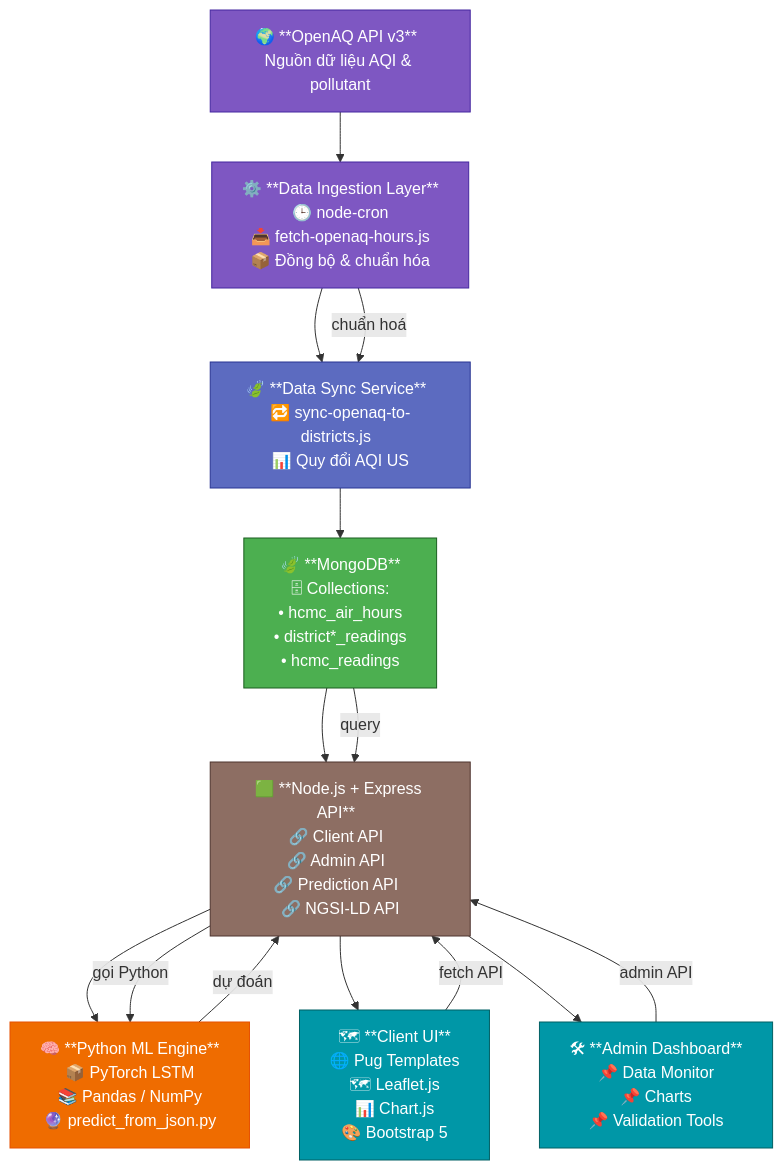
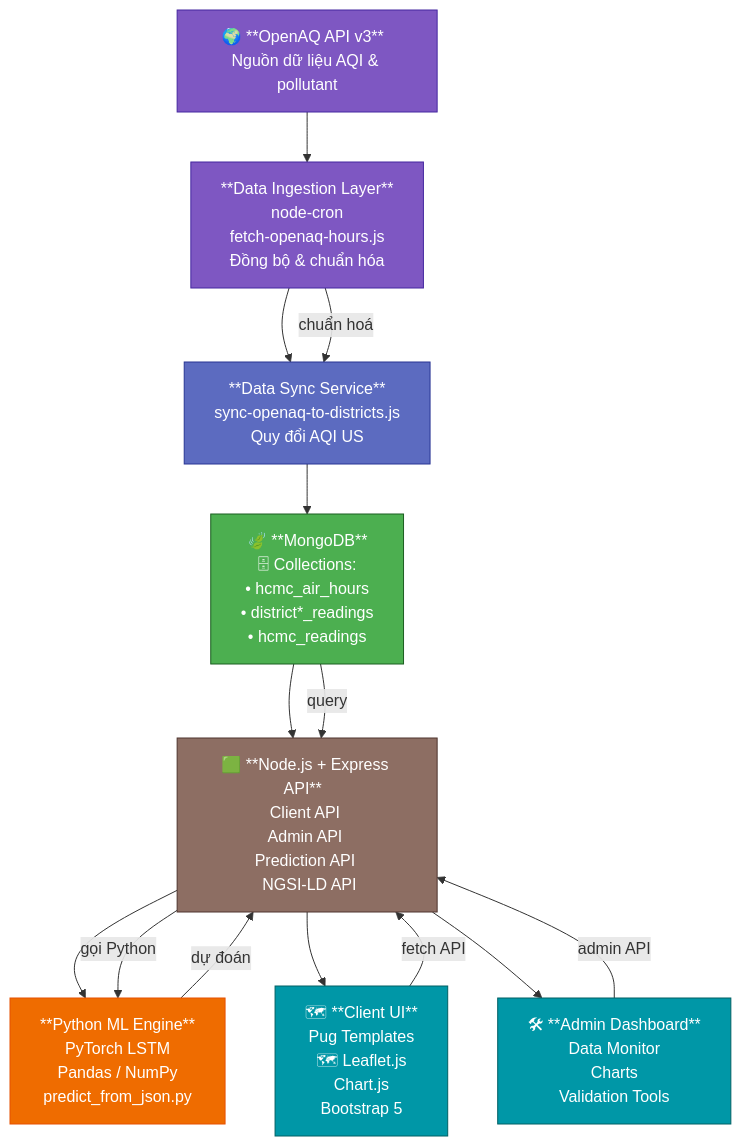
The diagram in profile/README.md (SIU-Sirocco-2025/.github), drawn with Mermaid before and after one commit. The commit also changed other lines of this file, not shown here.

```diff
--- a/profile/README.md
+++ b/profile/README.md
@@ -111,16 +111,16 @@
 "]:::ingest
 
 B["
-⚙️ **Data Ingestion Layer**  
-🕒 node-cron  
-📥 fetch-openaq-hours.js  
-📦 Đồng bộ & chuẩn hóa
+ **Data Ingestion Layer**  
+ node-cron  
+ fetch-openaq-hours.js  
+ Đồng bộ & chuẩn hóa
 "]:::ingest
 
 C["
-🍃 **Data Sync Service**  
-🔁 sync-openaq-to-districts.js  
-📊 Quy đổi AQI US  
+ **Data Sync Service**  
+ sync-openaq-to-districts.js  
+ Quy đổi AQI US  
 "]:::service
 
 D["
@@ -133,32 +133,32 @@
 
 E["
 🟩 **Node.js + Express API**  
-🔗 Client API  
-🔗 Admin API  
-🔗 Prediction API  
-🔗 NGSI-LD API  
+ Client API  
+ Admin API  
+ Prediction API  
+ NGSI-LD API  
 "]:::node
 
 F["
-🧠 **Python ML Engine**  
-📦 PyTorch LSTM  
-📚 Pandas / NumPy  
-🔮 predict_from_json.py  
+ **Python ML Engine**  
+ PyTorch LSTM  
+ Pandas / NumPy  
+ predict_from_json.py  
 "]:::py
 
 G["
 🗺 **Client UI**  
-🌐 Pug Templates  
+ Pug Templates  
 🗺 Leaflet.js  
-📊 Chart.js  
-🎨 Bootstrap 5  
+ Chart.js  
+ Bootstrap 5  
 "]:::front
 
 H["
 🛠 **Admin Dashboard**  
-📌 Data Monitor  
-📌 Charts  
-📌 Validation Tools  
+ Data Monitor  
+ Charts  
+ Validation Tools  
 "]:::front
 
 %% --- CONNECTIONS ---
```
